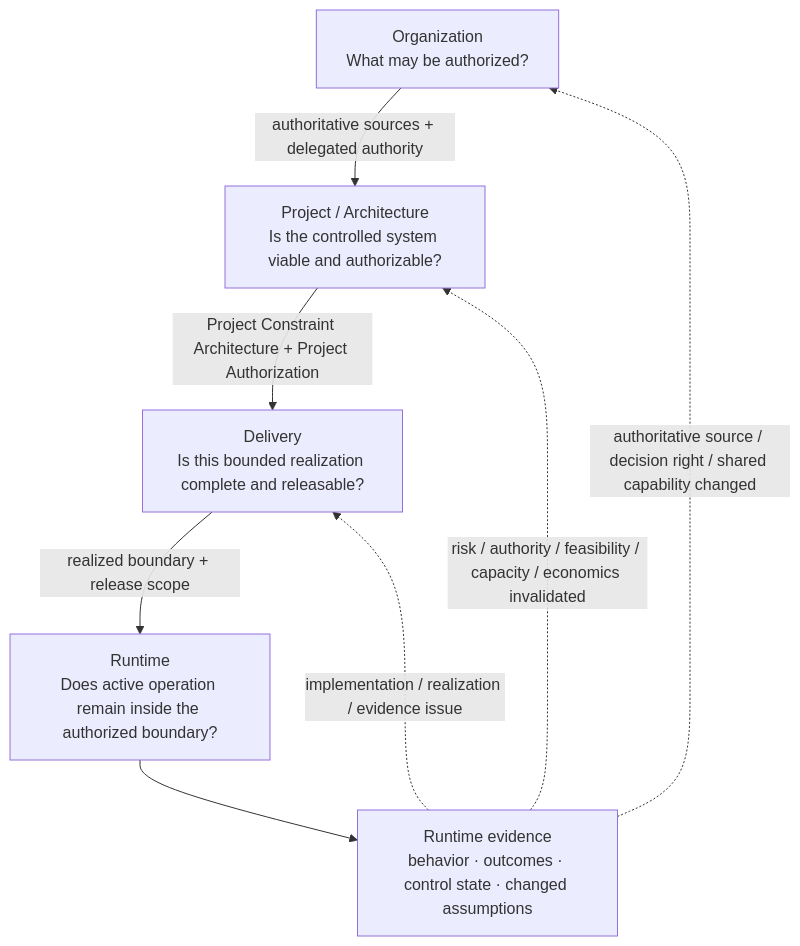
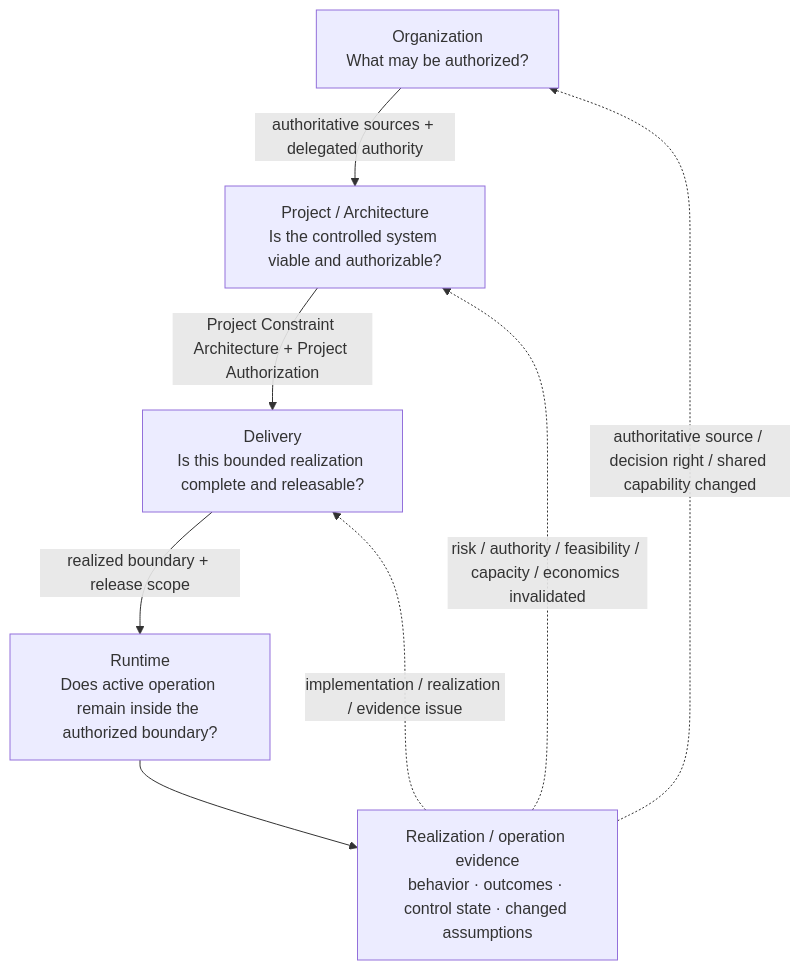
Before and after one commit to UncertaintyArchitectureGroup/uncertainty-architecture: the eighth of 15 diagrams in content/research/notes/open-engineering-specification-article-draft.md, drawn with Mermaid. The commit also changed other lines of this file and 1 other file, not shown here.

Commit message:
docs(research): align controller authority evidence and figure sequence

````diff
--- a/content/research/notes/open-engineering-specification-article-draft.md
+++ b/content/research/notes/open-engineering-specification-article-draft.md
@@ -474,16 +474,16 @@
 ```mermaid
 flowchart TB
     O["Organization<br/>What may be authorized?"]
     P["Project / Architecture<br/>Is the controlled system viable and authorizable?"]
     D["Delivery<br/>Is this bounded realization complete and releasable?"]
     R["Runtime<br/>Does active operation remain inside the authorized boundary?"]
-    E["Runtime evidence<br/>behavior · outcomes · control state · changed assumptions"]
+    E["Realization / operation evidence<br/>behavior · outcomes · control state · changed assumptions"]
 
     O -->|authoritative sources + delegated authority| P
     P -->|Project Constraint Architecture + Project Authorization| D
     D -->|realized boundary + release scope| R
     R --> E
     E -.->|implementation / realization / evidence issue| D
     E -.->|risk / authority / feasibility / capacity / economics invalidated| P
     E -.->|authoritative source / decision right / shared capability changed| O
 ```
````
